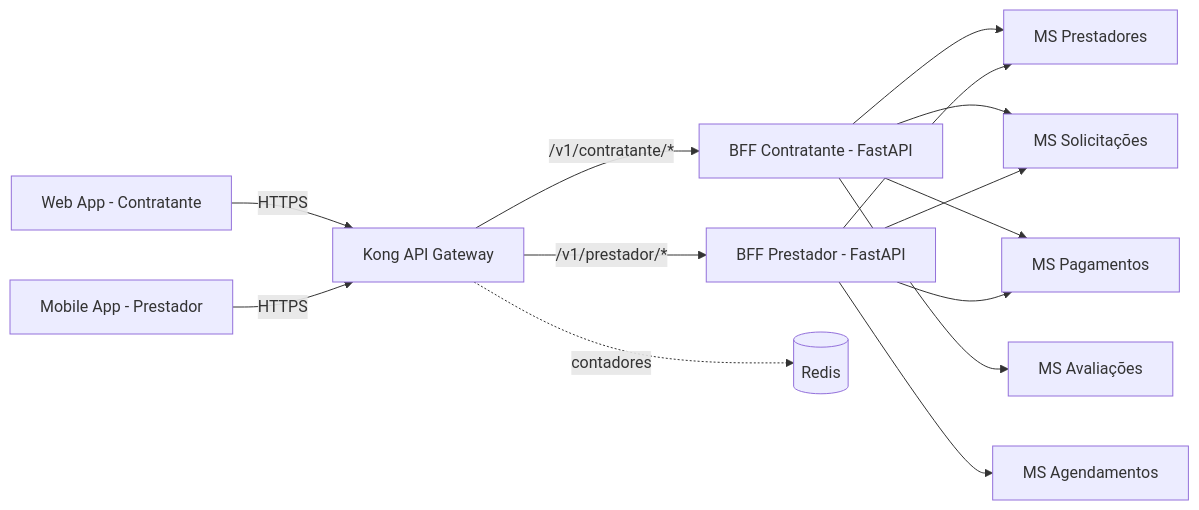
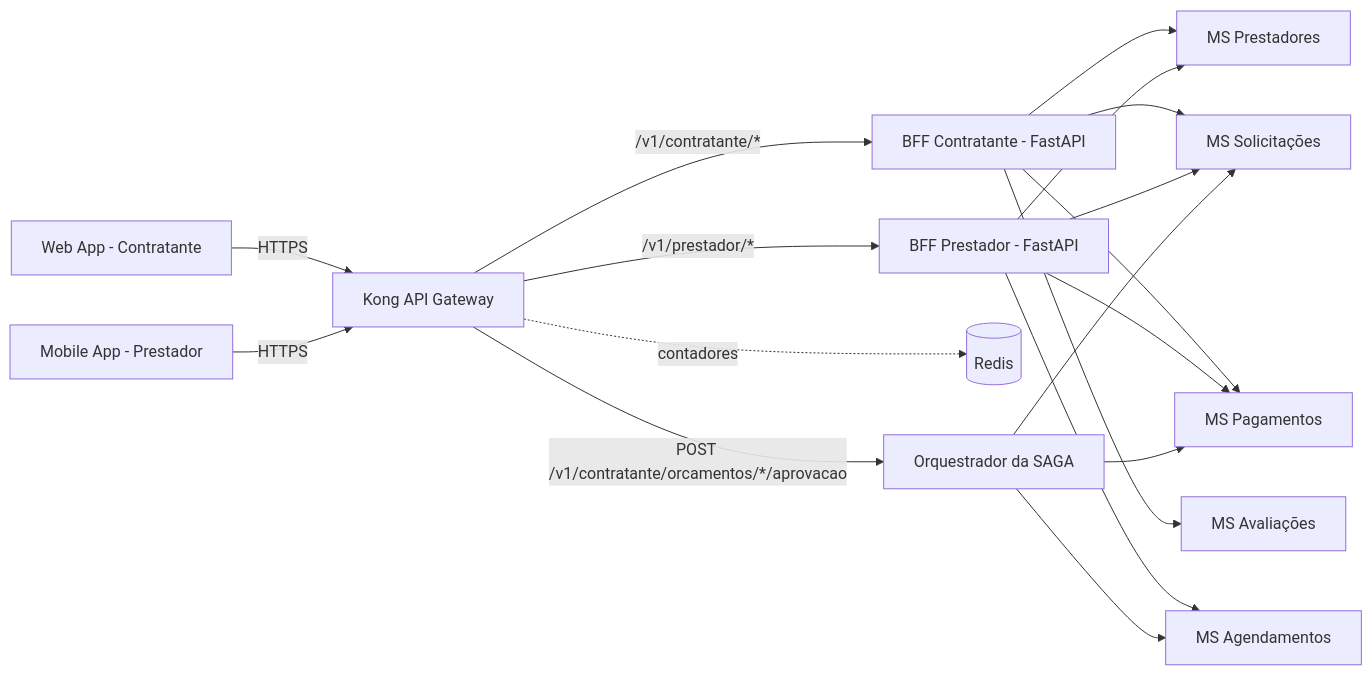
One commit to markin-silva/ResolveLar changed the diagram in docs/02-gateway-e-bff.md. Above: the diagram before and after it, drawn with Mermaid. The commit also changed other lines of this file and 6 other files, not shown here.

Commit message:
docs: update diagrams and decisions for the standalone orchestrator

````diff
--- a/docs/02-gateway-e-bff.md
+++ b/docs/02-gateway-e-bff.md
@@ -8,19 +8,24 @@
 ```mermaid
 graph LR
     Web[Web App - Contratante] -->|HTTPS| Kong[Kong API Gateway]
     Mobile[Mobile App - Prestador] -->|HTTPS| Kong
 
     Kong -->|/v1/contratante/*| BFFC[BFF Contratante - FastAPI]
     Kong -->|/v1/prestador/*| BFFP[BFF Prestador - FastAPI]
     Kong -.->|contadores| Redis[(Redis)]
 
     BFFC --> MSPrest[MS Prestadores]
     BFFC --> MSSol[MS Solicitações]
     BFFC --> MSPag[MS Pagamentos]
     BFFC --> MSAval[MS Avaliações]
 
     BFFP --> MSSol
     BFFP --> MSAg[MS Agendamentos]
     BFFP --> MSPag
     BFFP --> MSPrest
+
+    Kong -->|POST /v1/contratante/orcamentos/*/aprovacao| ORQ[Orquestrador da SAGA]
+    ORQ --> MSSol
+    ORQ --> MSAg
+    ORQ --> MSPag
 ```
````
